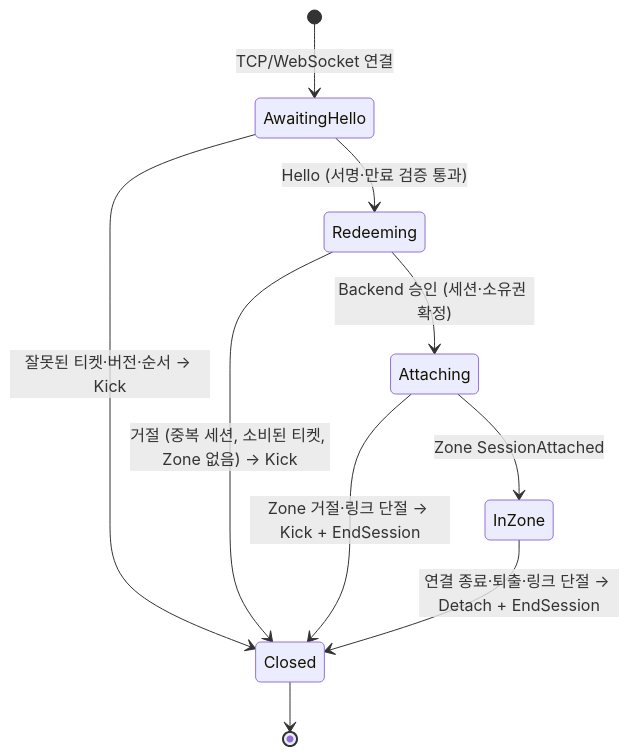
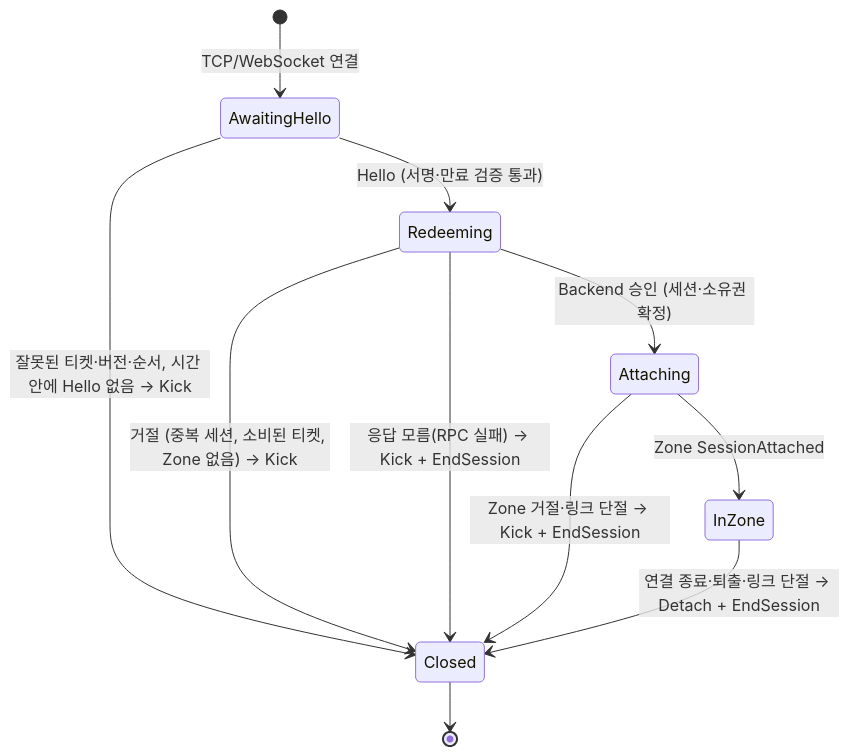
The fourth of 9 diagrams in README.md (hstar0124/sa-server), drawn with Mermaid before and after one commit. The commit also changed other lines of this file and 3 other files, not shown here.

````diff
--- a/README.md
+++ b/README.md
@@ -212,12 +212,13 @@
 ```mermaid
 stateDiagram-v2
     [*] --> AwaitingHello : TCP/WebSocket 연결
     AwaitingHello --> Redeeming : Hello (서명·만료 검증 통과)
-    AwaitingHello --> Closed : 잘못된 티켓·버전·순서 → Kick
+    AwaitingHello --> Closed : 잘못된 티켓·버전·순서, 시간 안에 Hello 없음 → Kick
     Redeeming --> Attaching : Backend 승인 (세션·소유권 확정)
     Redeeming --> Closed : 거절 (중복 세션, 소비된 티켓, Zone 없음) → Kick
+    Redeeming --> Closed : 응답 모름(RPC 실패) → Kick + EndSession
     Attaching --> InZone : Zone SessionAttached
     Attaching --> Closed : Zone 거절·링크 단절 → Kick + EndSession
     InZone --> Closed : 연결 종료·퇴출·링크 단절 → Detach + EndSession
     Closed --> [*]
 ```
````
